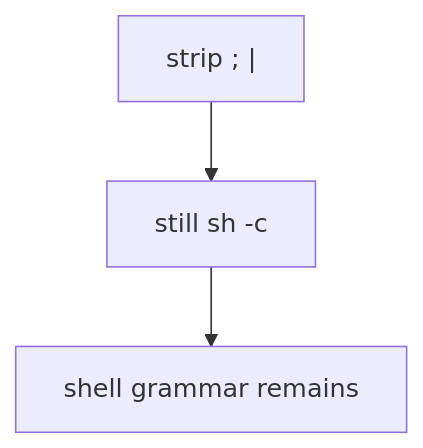
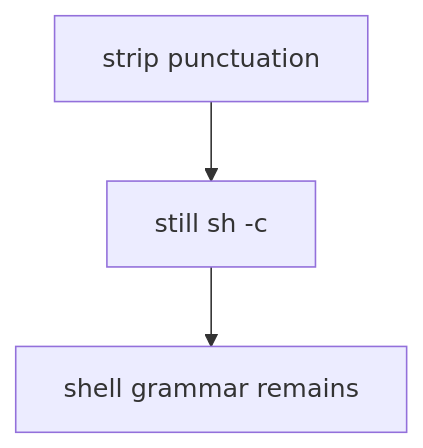
One commit to ishitvagoel/LearnSecurity changed the second of 2 diagrams in content/modules/6/6.1/lessons/02-model.md. Above: the diagram before and after it, drawn with Mermaid. The commit also changed other lines of this file and 55 other files, not shown here.

````diff
--- a/content/modules/6/6.1/lessons/02-model.md
+++ b/content/modules/6/6.1/lessons/02-model.md
@@ -26,5 +27,5 @@
 ```mermaid
 flowchart TD
-  Deny["strip ; |"] --> Still[still sh -c]
+  Deny["strip punctuation"] --> Still[still sh -c]
   Still --> Grammar[shell grammar remains]
 ```
````
